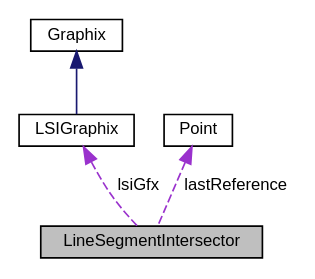
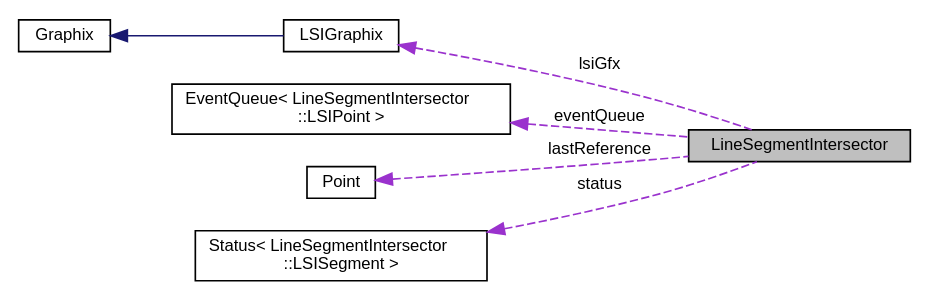
One commit to dub-basu/intersecting-lines changed the diagram in DOCS/HTML_DOCS/classLineSegmentIntersector__coll__graph.dot. Above: the diagram before and after it, drawn with Graphviz. The commit also changed 127 other files, not shown here.

```diff
--- a/DOCS/HTML_DOCS/classLineSegmentIntersector__coll__graph.dot
+++ b/DOCS/HTML_DOCS/classLineSegmentIntersector__coll__graph.dot
@@ -1,12 +1,17 @@
 digraph "LineSegmentIntersector"
 {
   edge [fontname="Helvetica",fontsize="10",labelfontname="Helvetica",labelfontsize="10"];
   node [fontname="Helvetica",fontsize="10",shape=record];
+  rankdir="LR";
   Node1 [label="LineSegmentIntersector",height=0.2,width=0.4,color="black", fillcolor="grey75", style="filled", fontcolor="black"];
   Node2 -> Node1 [dir="back",color="darkorchid3",fontsize="10",style="dashed",label=" lsiGfx" ,fontname="Helvetica"];
   Node2 [label="LSIGraphix",height=0.2,width=0.4,color="black", fillcolor="white", style="filled",URL="$classLSIGraphix.html",tooltip="Class for especially handling events for Bentley-Ottoman Algorithm. Inherits Graphix class..."];
   Node3 -> Node2 [dir="back",color="midnightblue",fontsize="10",style="solid",fontname="Helvetica"];
   Node3 [label="Graphix",height=0.2,width=0.4,color="black", fillcolor="white", style="filled",URL="$classGraphix.html",tooltip="Class for handling graphics using OpenGL. "];
-  Node4 -> Node1 [dir="back",color="darkorchid3",fontsize="10",style="dashed",label=" lastReference" ,fontname="Helvetica"];
-  Node4 [label="Point",height=0.2,width=0.4,color="black", fillcolor="white", style="filled",URL="$classPoint.html",tooltip="Stores point with X & Y coordinate. "];
+  Node4 -> Node1 [dir="back",color="darkorchid3",fontsize="10",style="dashed",label=" eventQueue" ,fontname="Helvetica"];
+  Node4 [label="EventQueue\< LineSegmentIntersector\l::LSIPoint \>",height=0.2,width=0.4,color="black", fillcolor="white", style="filled",URL="$classEventQueue.html"];
+  Node5 -> Node1 [dir="back",color="darkorchid3",fontsize="10",style="dashed",label=" lastReference" ,fontname="Helvetica"];
+  Node5 [label="Point",height=0.2,width=0.4,color="black", fillcolor="white", style="filled",URL="$classPoint.html",tooltip="Stores point with X & Y coordinate. "];
+  Node6 -> Node1 [dir="back",color="darkorchid3",fontsize="10",style="dashed",label=" status" ,fontname="Helvetica"];
+  Node6 [label="Status\< LineSegmentIntersector\l::LSISegment \>",height=0.2,width=0.4,color="black", fillcolor="white", style="filled",URL="$classStatus.html"];
 }
```
